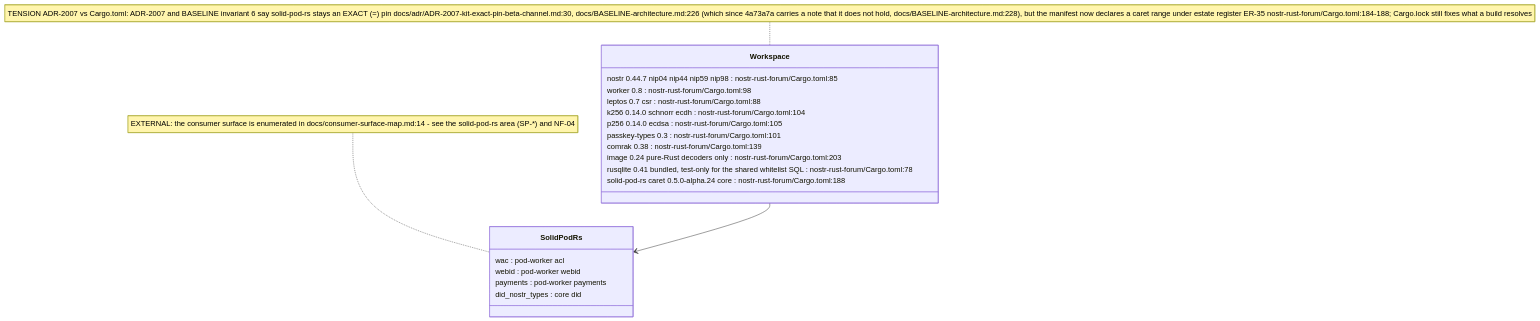
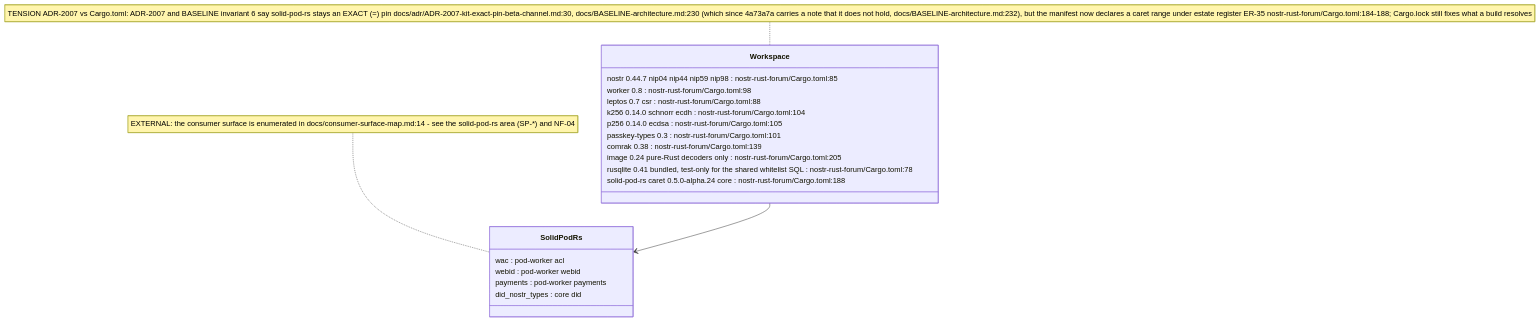
One commit to DreamLab-AI/VisionFlow changed the fourth of 7 diagrams in docs/diagrams/nostr-rust-forum/01-workspace-and-worker-topology.md. Above: the diagram before and after it, drawn with Mermaid. The commit also changed other lines of this file and 23 other files, not shown here.

First line of the commit message:
docs(diagrams): pass C nostr-rust-forum area re-verified at de31aaa

````diff
--- a/docs/diagrams/nostr-rust-forum/01-workspace-and-worker-topology.md
+++ b/docs/diagrams/nostr-rust-forum/01-workspace-and-worker-topology.md
@@ -173,25 +175,25 @@
 ```mermaid
 classDiagram
     class Workspace {
         nostr 0.44.7 nip04 nip44 nip59 nip98 : nostr-rust-forum/Cargo.toml:85
         worker 0.8 : nostr-rust-forum/Cargo.toml:98
         leptos 0.7 csr : nostr-rust-forum/Cargo.toml:88
         k256 0.14.0 schnorr ecdh : nostr-rust-forum/Cargo.toml:104
         p256 0.14.0 ecdsa : nostr-rust-forum/Cargo.toml:105
         passkey-types 0.3 : nostr-rust-forum/Cargo.toml:101
         comrak 0.38 : nostr-rust-forum/Cargo.toml:139
-        image 0.24 pure-Rust decoders only : nostr-rust-forum/Cargo.toml:203
+        image 0.24 pure-Rust decoders only : nostr-rust-forum/Cargo.toml:205
         rusqlite 0.41 bundled, test-only for the shared whitelist SQL : nostr-rust-forum/Cargo.toml:78
         solid-pod-rs caret 0.5.0-alpha.24 core : nostr-rust-forum/Cargo.toml:188
     }
     class SolidPodRs {
         wac : pod-worker acl
         webid : pod-worker webid
         payments : pod-worker payments
         did_nostr_types : core did
     }
     Workspace --> SolidPodRs
 
-    note for Workspace "TENSION ADR-2007 vs Cargo.toml: ADR-2007 and BASELINE invariant 6 say solid-pod-rs stays an EXACT (=) pin docs/adr/ADR-2007-kit-exact-pin-beta-channel.md:30, docs/BASELINE-architecture.md:226 (which since 4a73a7a carries a note that it does not hold, docs/BASELINE-architecture.md:228), but the manifest now declares a caret range under estate register ER-35 nostr-rust-forum/Cargo.toml:184-188; Cargo.lock still fixes what a build resolves"
+    note for Workspace "TENSION ADR-2007 vs Cargo.toml: ADR-2007 and BASELINE invariant 6 say solid-pod-rs stays an EXACT (=) pin docs/adr/ADR-2007-kit-exact-pin-beta-channel.md:30, docs/BASELINE-architecture.md:230 (which since 4a73a7a carries a note that it does not hold, docs/BASELINE-architecture.md:232), but the manifest now declares a caret range under estate register ER-35 nostr-rust-forum/Cargo.toml:184-188; Cargo.lock still fixes what a build resolves"
     note for SolidPodRs "EXTERNAL: the consumer surface is enumerated in docs/consumer-surface-map.md:14 - see the solid-pod-rs area (SP-*) and NF-04"
 ```
````
